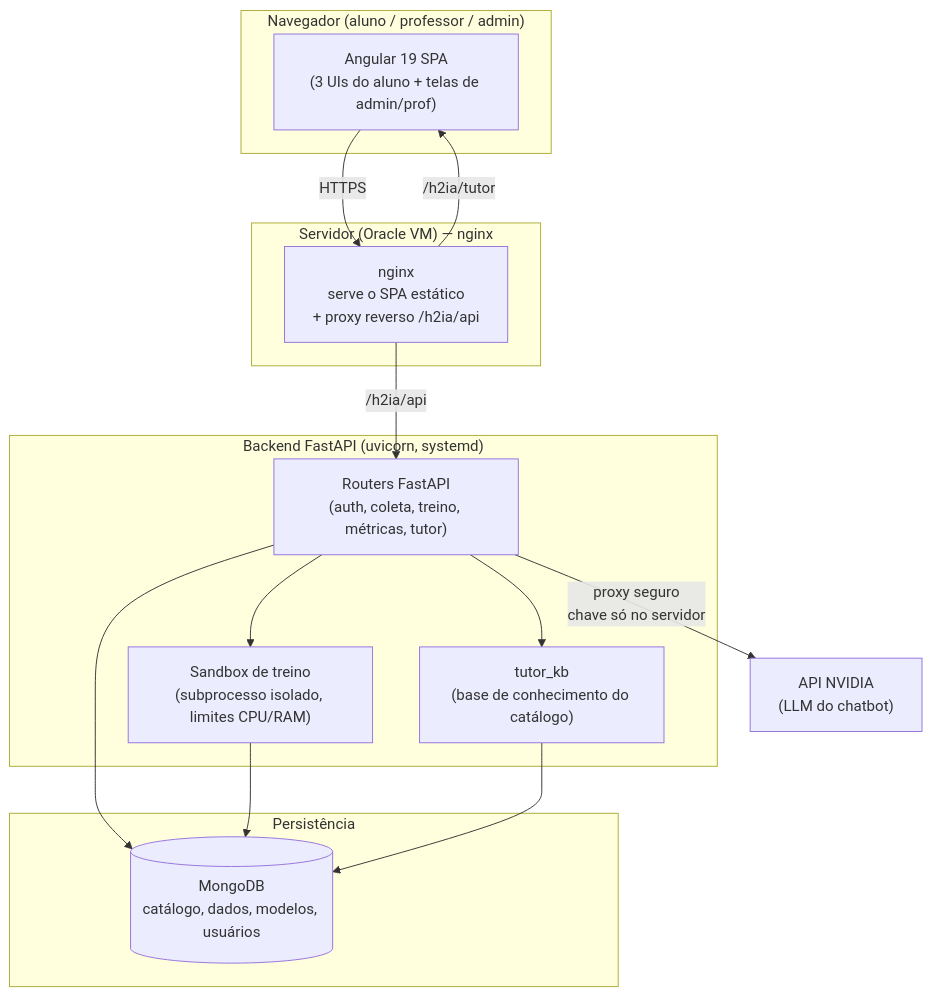
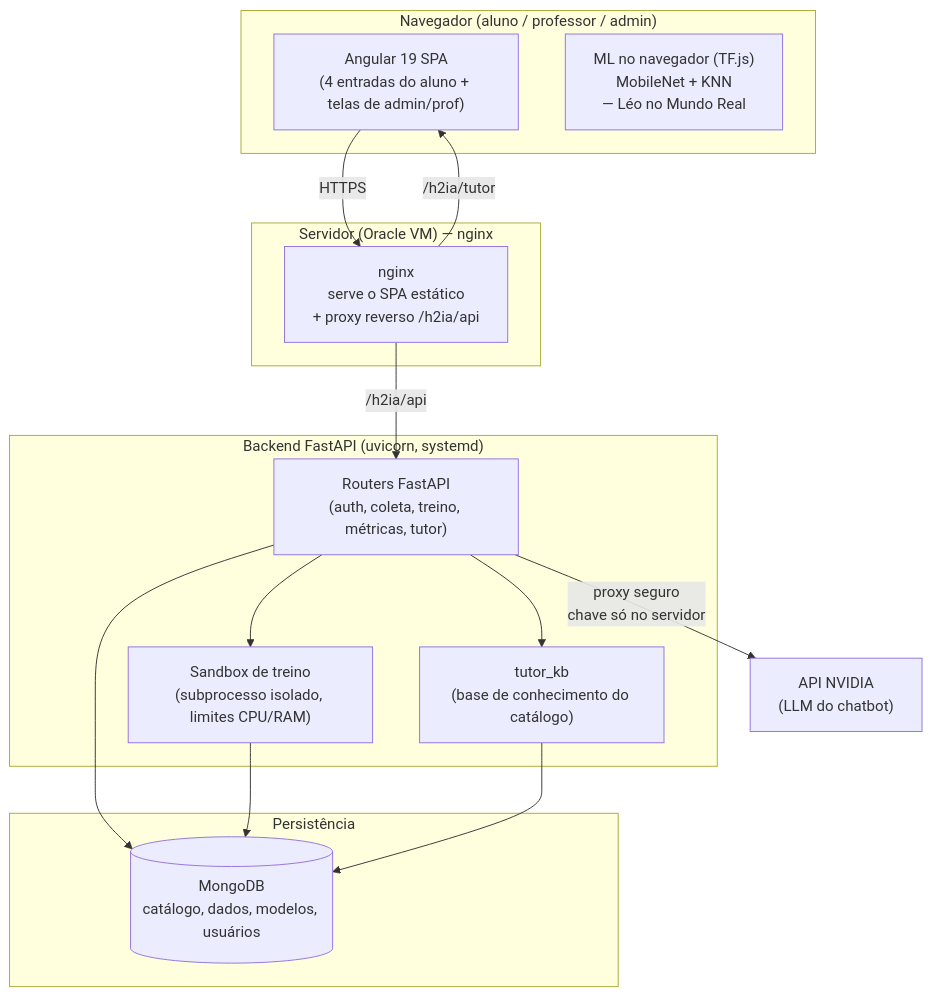
The first of 7 diagrams in docs/DOCUMENTACAO.md (IanaMary/ensinado-aprendizado-maquina), drawn with Mermaid before and after one commit. The commit also changed other lines of this file and 1 other file, not shown here.

Commit message:
docs: atualiza documentação (Léo no Mundo Real, Desafiar o Léo, Cachorros, WebGPU/câmera)

````diff
--- a/docs/DOCUMENTACAO.md
+++ b/docs/DOCUMENTACAO.md
@@ -46,32 +47,33 @@
 ```mermaid
 flowchart TB
   subgraph Cliente["Navegador (aluno / professor / admin)"]
-    SPA["Angular 19 SPA<br/>(3 UIs do aluno + telas de admin/prof)"]
+    SPA["Angular 19 SPA<br/>(4 entradas do aluno + telas de admin/prof)"]
+    TFJS["ML no navegador (TF.js)<br/>MobileNet + KNN<br/>— Léo no Mundo Real"]
   end
 
   subgraph Edge["Servidor (Oracle VM) — nginx"]
     NGINX["nginx<br/>serve o SPA estático<br/>+ proxy reverso /h2ia/api"]
   end
 
   subgraph App["Backend FastAPI (uvicorn, systemd)"]
     API["Routers FastAPI<br/>(auth, coleta, treino, métricas, tutor)"]
     SANDBOX["Sandbox de treino<br/>(subprocesso isolado, limites CPU/RAM)"]
     KB["tutor_kb<br/>(base de conhecimento do catálogo)"]
   end
 
   subgraph Dados["Persistência"]
     MONGO[("MongoDB<br/>catálogo, dados, modelos, usuários")]
   end
 
   NVIDIA["API NVIDIA<br/>(LLM do chatbot)"]
 
   SPA -->|HTTPS| NGINX
   NGINX -->|/h2ia/tutor| SPA
   NGINX -->|/h2ia/api| API
   API --> MONGO
   API --> SANDBOX
   SANDBOX --> MONGO
   API --> KB
   KB --> MONGO
   API -->|proxy seguro<br/>chave só no servidor| NVIDIA
 ```
````
